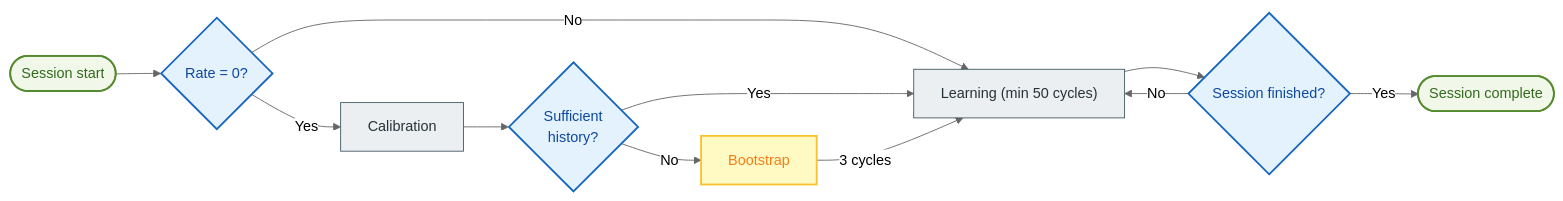
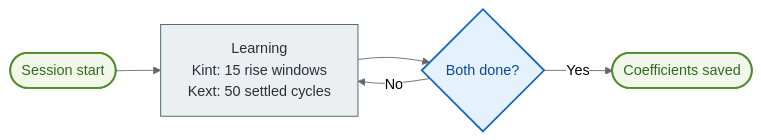
One commit to jmcollin78/versatile_thermostat changed the diagram in documentation/en/feature-autotpi.md. Above: the diagram before and after it, drawn with Mermaid (neutral theme). The commit also changed other lines of this file and 10 other files, not shown here.

````diff
--- a/documentation/en/feature-autotpi.md
+++ b/documentation/en/feature-autotpi.md
@@ -17,27 +17,15 @@
 ```mermaid
 graph LR
-    %% Flat Design Palette
     classDef startEnd fill:#f1f8e9,stroke:#558b2f,stroke-width:2px,color:#33691e
     classDef decision fill:#e3f2fd,stroke:#1565c0,stroke-width:2px,color:#0d47a1
     classDef process fill:#eceff1,stroke:#455a64,stroke-width:1px,color:#263238
-    classDef bootstrap fill:#fff9c4,stroke:#fbc02d,stroke-width:2px,color:#f57f17
 
-    A([Session start]) --> B{Rate = 0?}
-    
-    B -- "Yes" --> C[Calibration]
-    B -- "No" --> D["Learning (min 50 cycles)"]
-    
-    C --> E{Sufficient\nhistory?}
-    E -- "Yes" --> D
-    E -- "No" --> F[Bootstrap]
-    F -->|3 cycles| D
-    
-    D --> G{Session finished?}
-    G -- "No" --> D
-    G -- "Yes" --> H([Session complete])
+    A([Session start]) --> B["Learning<br/>Kint: 15 rise windows<br/>Kext: 50 settled cycles"]
+    B --> C{Both done?}
+    C -- "No" --> B
+    C -- "Yes" --> D([Coefficients saved])
 
-    class A,H startEnd
-    class B,E,G decision
-    class C,D process
-    class F bootstrap
+    class A,D startEnd
+    class C decision
+    class B process
 ```
````
